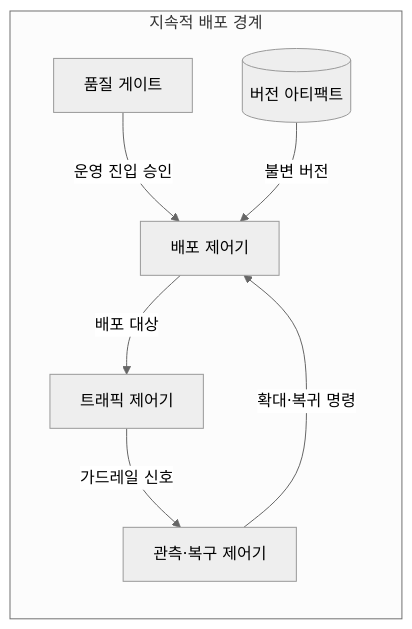
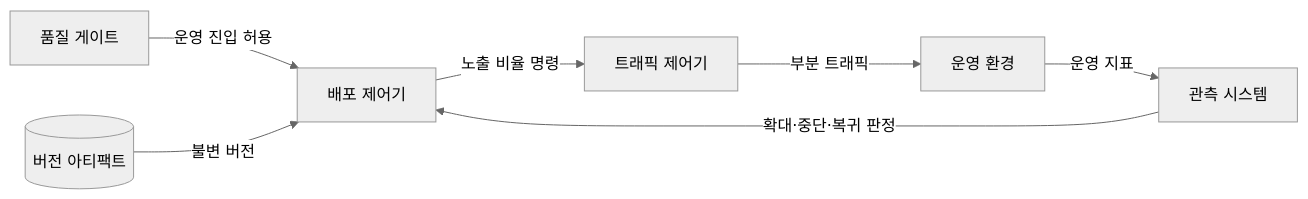
The first of 2 diagrams in src/content/docs/notes/03-software/054_continuous_deployment.md (agnusdei1207/knowledge-base), drawn with Mermaid (neutral theme) before and after one commit. The commit also changed other lines of this file and 7 other files, not shown here.

````diff
--- a/src/content/docs/notes/03-software/054_continuous_deployment.md
+++ b/src/content/docs/notes/03-software/054_continuous_deployment.md
@@ -60,15 +55,9 @@
 ```mermaid
 flowchart LR
-    subgraph CD[지속적 배포 경계]
-        Q[품질 게이트]
-        A[(버전 아티팩트)]
-        D[배포 제어기]
-        T[트래픽 제어기]
-        O[관측·복구 제어기]
-        Q -->|운영 진입 승인| D
-        A -->|불변 버전| D
-        D -->|배포 대상| T
-        T -->|가드레일 신호| O
-        O -->|확대·복귀 명령| D
-    end
+    Q[품질 게이트] -->|운영 진입 허용| D[배포 제어기]
+    A[(버전 아티팩트)] -->|불변 버전| D
+    D -->|노출 비율 명령| T[트래픽 제어기]
+    T -->|부분 트래픽| E[운영 환경]
+    E -->|운영 지표| O[관측 시스템]
+    O -->|확대·중단·복귀 판정| D
 ```
````
